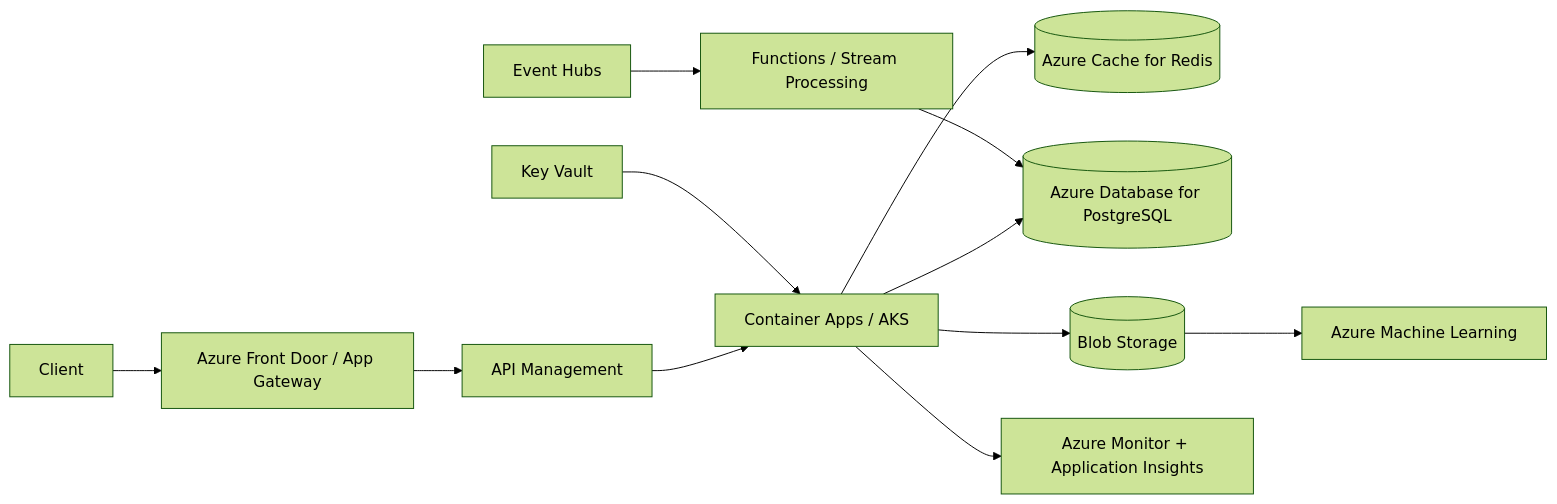
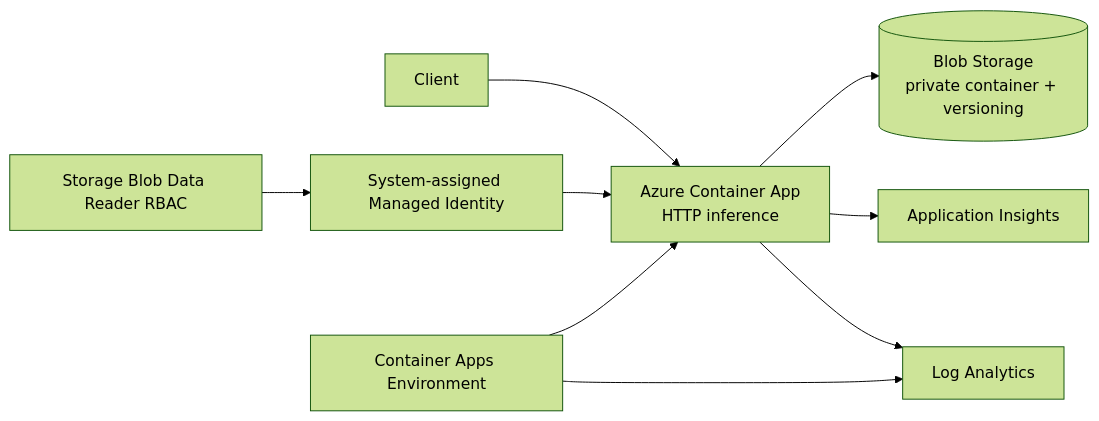
The diagram in README.md (cagataykavas/azure-ml-platform), drawn with Mermaid (forest theme) before and after one commit. The commit also changed other lines of this file, not shown here.

Commit message:
docs: align Azure README with compiled Bicep stack

````diff
--- a/README.md
+++ b/README.md
@@ -5,14 +9,11 @@
 ```mermaid
 flowchart LR
-    U[Client] --> FD[Azure Front Door / App Gateway]
-    FD --> API[API Management]
-    API --> APP[Container Apps / AKS]
-    APP --> REDIS[(Azure Cache for Redis)]
-    APP --> PG[(Azure Database for PostgreSQL)]
-    APP --> BLOB[(Blob Storage)]
-    BLOB --> AML[Azure Machine Learning]
-    EH[Event Hubs] --> FUNC[Functions / Stream Processing]
-    FUNC --> PG
-    APP --> MON[Azure Monitor + Application Insights]
-    SEC[Key Vault] --> APP
+    U[Client] --> APP[Azure Container App\nHTTP inference]
+    APP --> BLOB[(Blob Storage\nprivate container + versioning)]
+    APP --> AI[Application Insights]
+    APP --> LAW[Log Analytics]
+    MI[System-assigned Managed Identity] --> APP
+    RBAC[Storage Blob Data Reader RBAC] --> MI
+    ENV[Container Apps Environment] --> APP
+    ENV --> LAW
 ```
````
